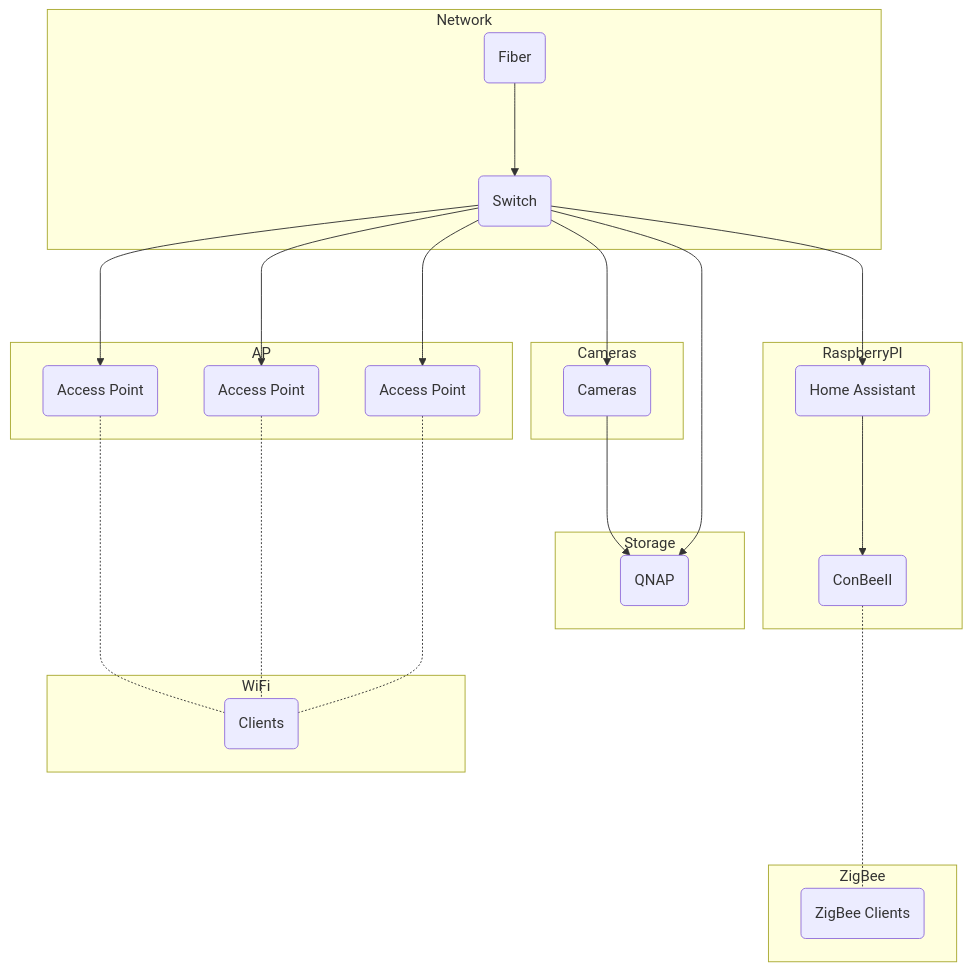
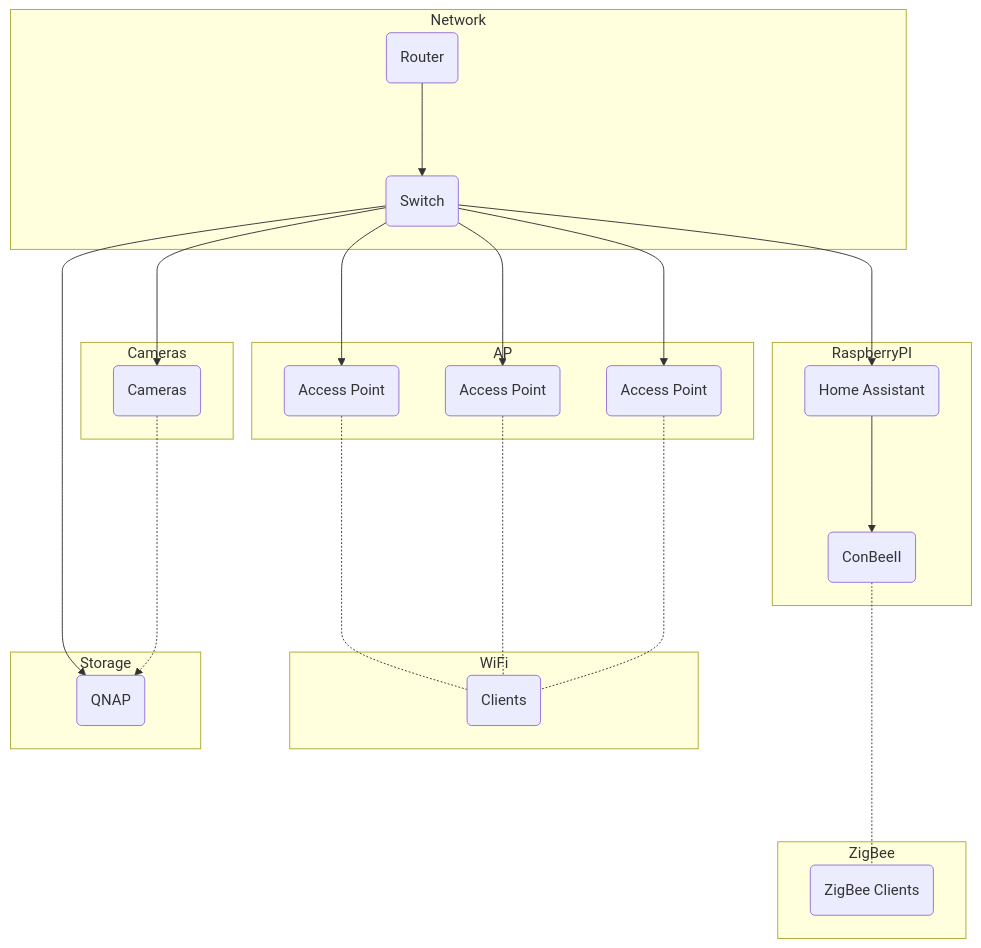
Before and after one commit to rangulvers/Homeautomation: the diagram in README.md, drawn with Mermaid.

````diff
--- a/README.md
+++ b/README.md
@@ -60,31 +60,31 @@
 ```mermaid
     flowchart TB
         subgraph Network
-            fib1(Fiber) ---> net1
+            rout1(Router) ---> net1
         end
         subgraph AP
             net1(Switch) ---> net2(Access Point)
             net1(Switch) ---> net3(Access Point)
             net1(Switch) ---> net4(Access Point)
         end
         subgraph WiFi
             net2 -...- wifi1(Clients)
             net3 -...- wifi1(Clients)
             net4 -...- wifi1(Clients)
         end
         subgraph Cameras
             net1(Switch) ---> cam1(Cameras) 
         end
         subgraph Storage
             net1 ---> stor1(QNAP)
-            cam1 ---> stor1
+            cam1 -...-> stor1
         end
         subgraph RaspberryPI
             ha1(Home Assistant) ---> ha2(ConBeeII)
             net1 ---> ha1
         end
         subgraph ZigBee
             ha2 -...- zb1c(ZigBee Clients)
         end
 
 ```
````
